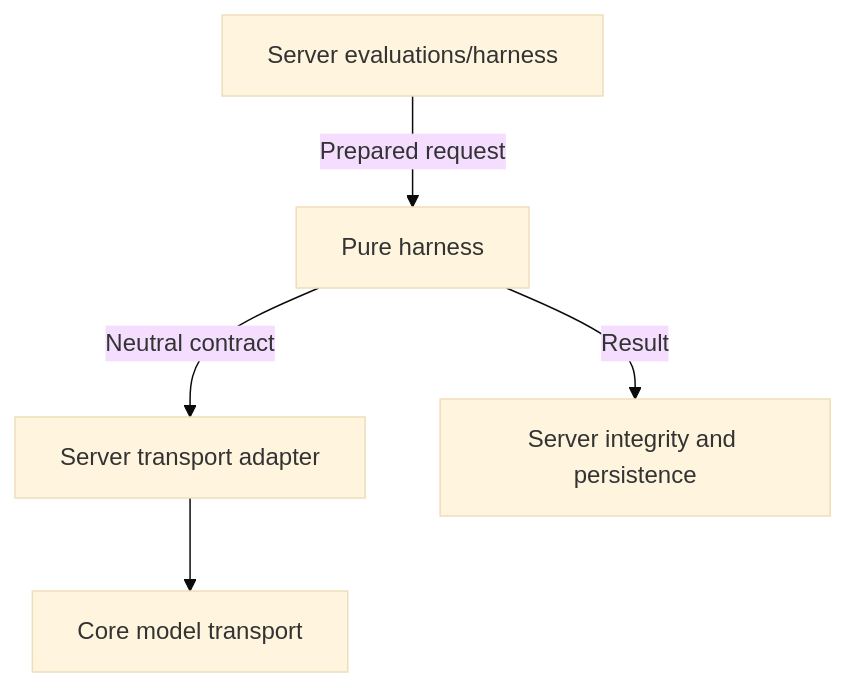
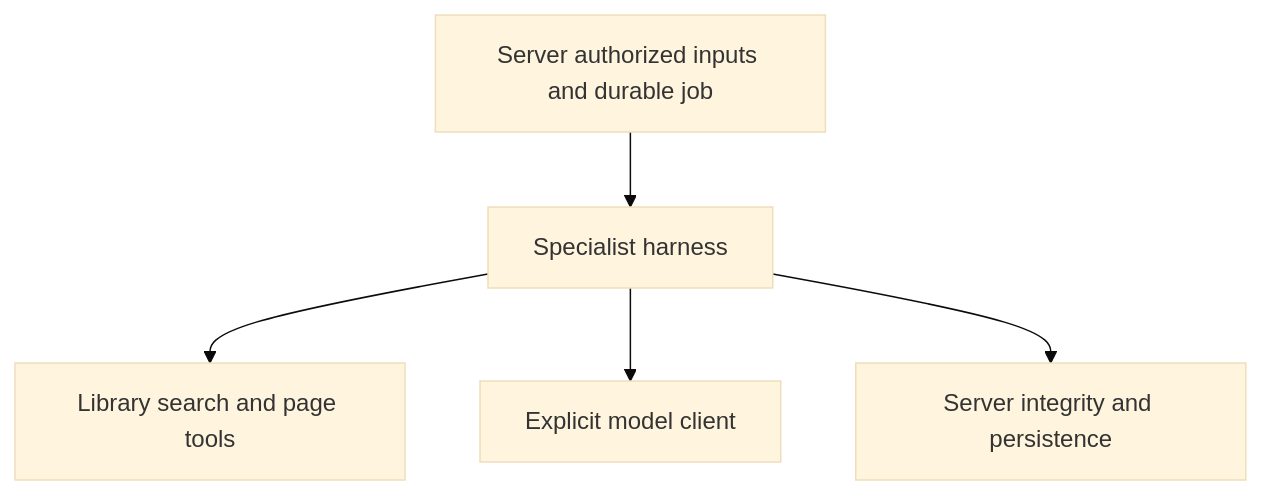
Before and after one commit to LSPU-EquipED/EquipED: the diagram in libs/evaluation-harness/README.md, drawn with Mermaid (base theme). The commit also changed other lines of this file and 174 other files, not shown here.

Commit message:
refactor(harness): modularize agent pipelines, runtime control, and verification tools

````diff
--- a/libs/evaluation-harness/README.md
+++ b/libs/evaluation-harness/README.md
@@ -75,7 +99,7 @@
 ```mermaid
 graph TD
-    Server[Server evaluations/harness] -->|Prepared request| Harness[Pure harness]
-    Harness -->|Neutral contract| Adapter[Server transport adapter]
-    Adapter --> Core[Core model transport]
-    Harness -->|Result| Storage[Server integrity and persistence]
+    Server[Server authorized inputs and durable job] --> Harness[Specialist harness]
+    Harness --> Tools[Library search and page tools]
+    Harness --> Adapter[Explicit model client]
+    Harness --> Storage[Server integrity and persistence]
 ```
````
